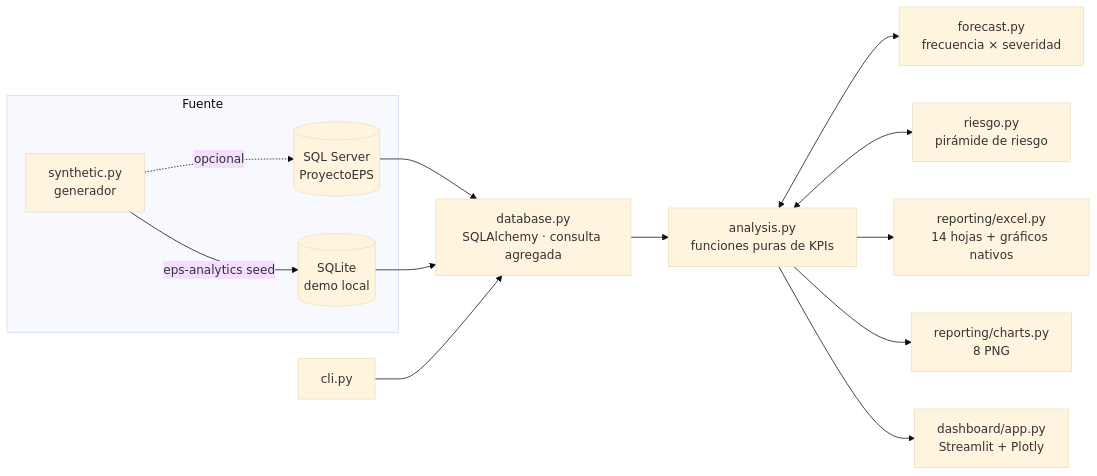
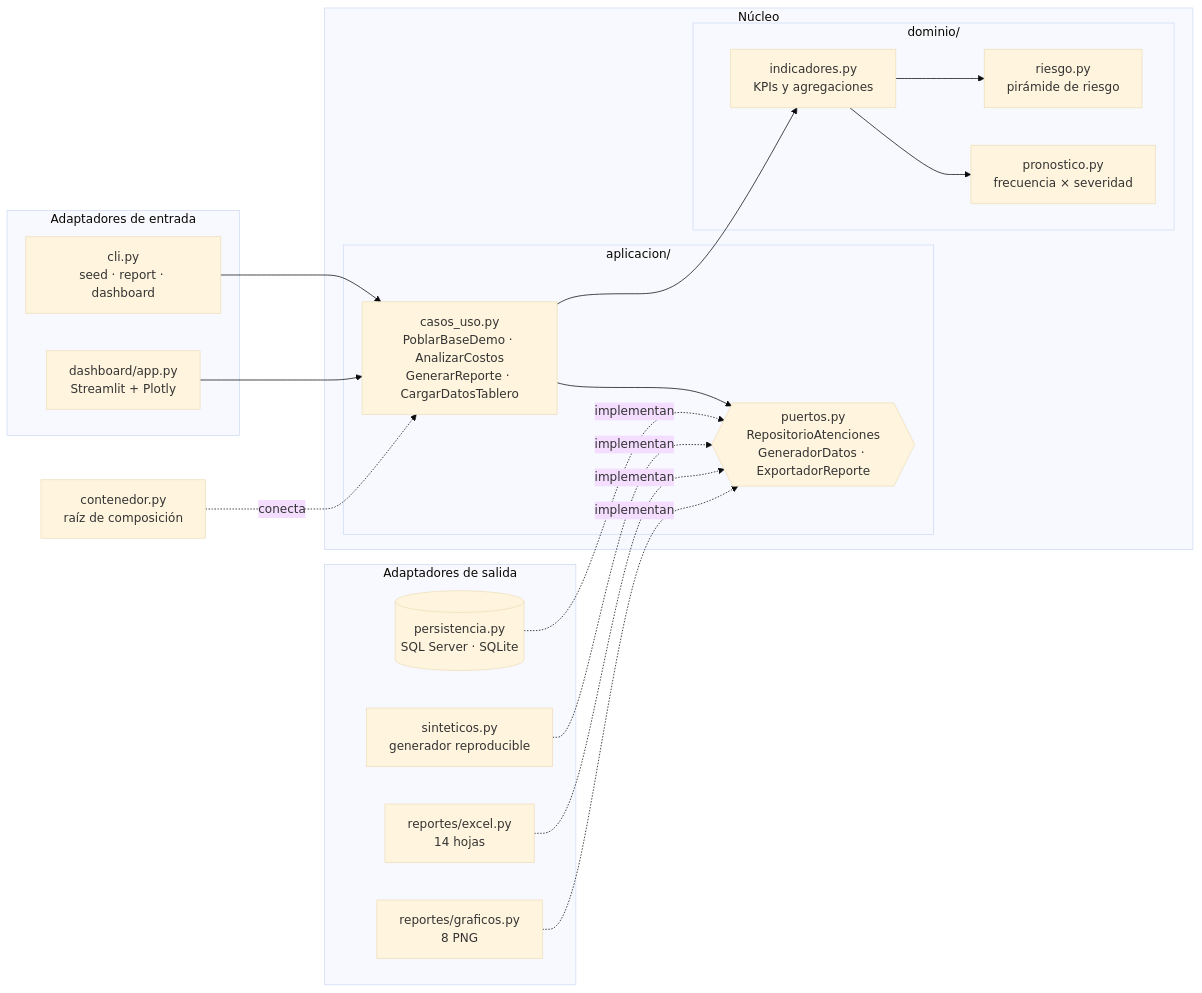
Before and after one commit to zemogc/AnalisisDatosEps: the first of 2 diagrams in README.md, drawn with Mermaid (base theme). The commit also changed other lines of this file and 3 other files, not shown here.

````diff
--- a/README.md
+++ b/README.md
@@ -132,17 +135,30 @@
 ```mermaid
 flowchart LR
-    subgraph Fuente
-        A[(SQL Server<br/>ProyectoEPS)]
-        B[(SQLite<br/>demo local)]
-        S[synthetic.py<br/>generador] -->|eps-analytics seed| B
-        S -.->|opcional| A
+    subgraph Entrada["Adaptadores de entrada"]
+        CLI[cli.py<br/>seed · report · dashboard]
+        DASH[dashboard/app.py<br/>Streamlit + Plotly]
     end
-    A & B --> D[database.py<br/>SQLAlchemy · consulta agregada]
-    D --> E[analysis.py<br/>funciones puras de KPIs]
-    E <--> P[forecast.py<br/>frecuencia × severidad]
-    E <--> R[riesgo.py<br/>pirámide de riesgo]
-    E --> F[reporting/excel.py<br/>14 hojas + gráficos nativos]
-    E --> G[reporting/charts.py<br/>8 PNG]
-    E --> H[dashboard/app.py<br/>Streamlit + Plotly]
-    C[cli.py] --> D
+    subgraph Hexagono["Núcleo"]
+        subgraph APP["aplicacion/"]
+            UC[casos_uso.py<br/>PoblarBaseDemo · AnalizarCostos<br/>GenerarReporte · CargarDatosTablero]
+            PT{{puertos.py<br/>RepositorioAtenciones<br/>GeneradorDatos · ExportadorReporte}}
+        end
+        subgraph DOM["dominio/"]
+            IND[indicadores.py<br/>KPIs y agregaciones]
+            RIE[riesgo.py<br/>pirámide de riesgo]
+            PRO[pronostico.py<br/>frecuencia × severidad]
+        end
+    end
+    subgraph Salida["Adaptadores de salida"]
+        SQL[(persistencia.py<br/>SQL Server · SQLite)]
+        SIN[sinteticos.py<br/>generador reproducible]
+        XLS[reportes/excel.py<br/>14 hojas]
+        PNG[reportes/graficos.py<br/>8 PNG]
+    end
+    CLI & DASH --> UC
+    UC --> IND
+    IND --> RIE & PRO
+    UC --> PT
+    SQL & SIN & XLS & PNG -. implementan .-> PT
+    CT[contenedor.py<br/>raíz de composición] -. conecta .-> UC
 ```
````
